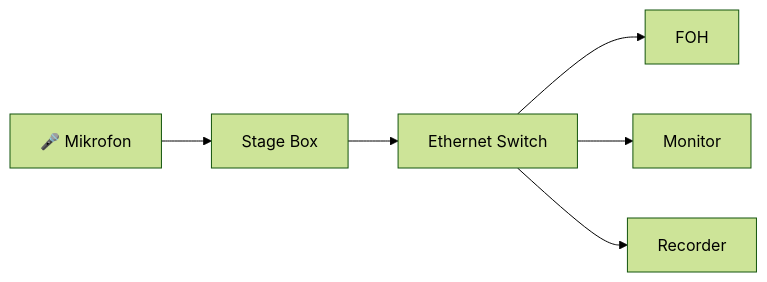
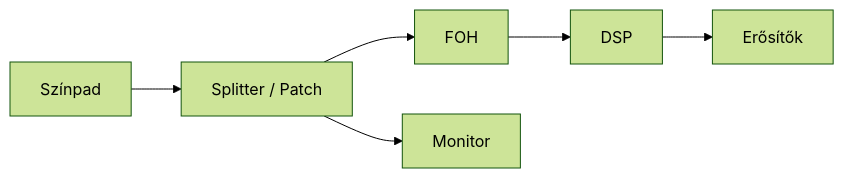
Before and after one commit to bogdanpeter/dante: the fifth of 7 diagrams in chapters/01-mi-a-dante.md, drawn with Mermaid (forest theme). The commit also changed other lines of this file, not shown here.

````diff
--- a/chapters/01-mi-a-dante.md
+++ b/chapters/01-mi-a-dante.md
@@ -970,25 +961,8 @@
-```mermaid
+``` mermaid
 flowchart LR
-
-Mic["🎤 Mikrofon"]
-
-Stage["Stage Box"]
-
-SW["Ethernet Switch"]
-
-FOH["FOH"]
-
-MON["Monitor"]
-
-REC["Recorder"]
-
-Stage --> SW
-
-SW --> FOH
-
-SW --> MON
-
-SW --> REC
-
-Mic --> Stage
+    STAGE["Színpad"] --> SPLIT["Splitter / Patch"]
+    SPLIT --> FOH["FOH"]
+    SPLIT --> MON["Monitor"]
+    FOH --> DSP["DSP"]
+    DSP --> AMP["Erősítők"]
 ```
````
